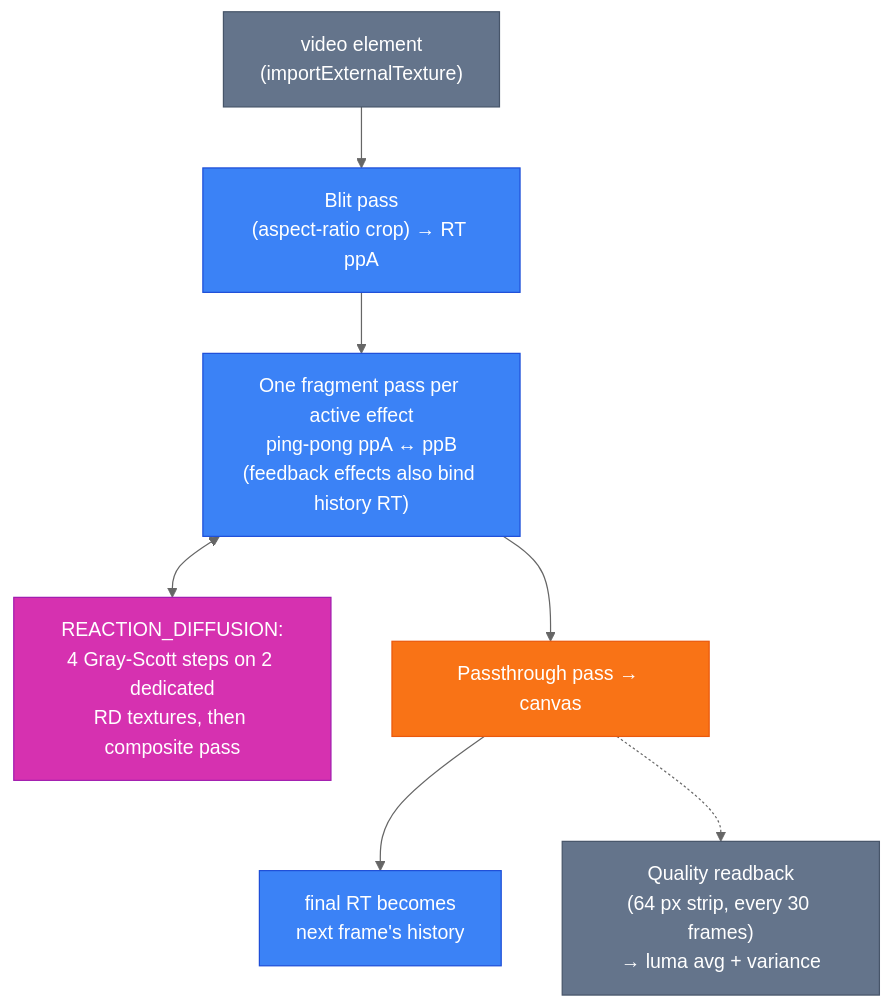
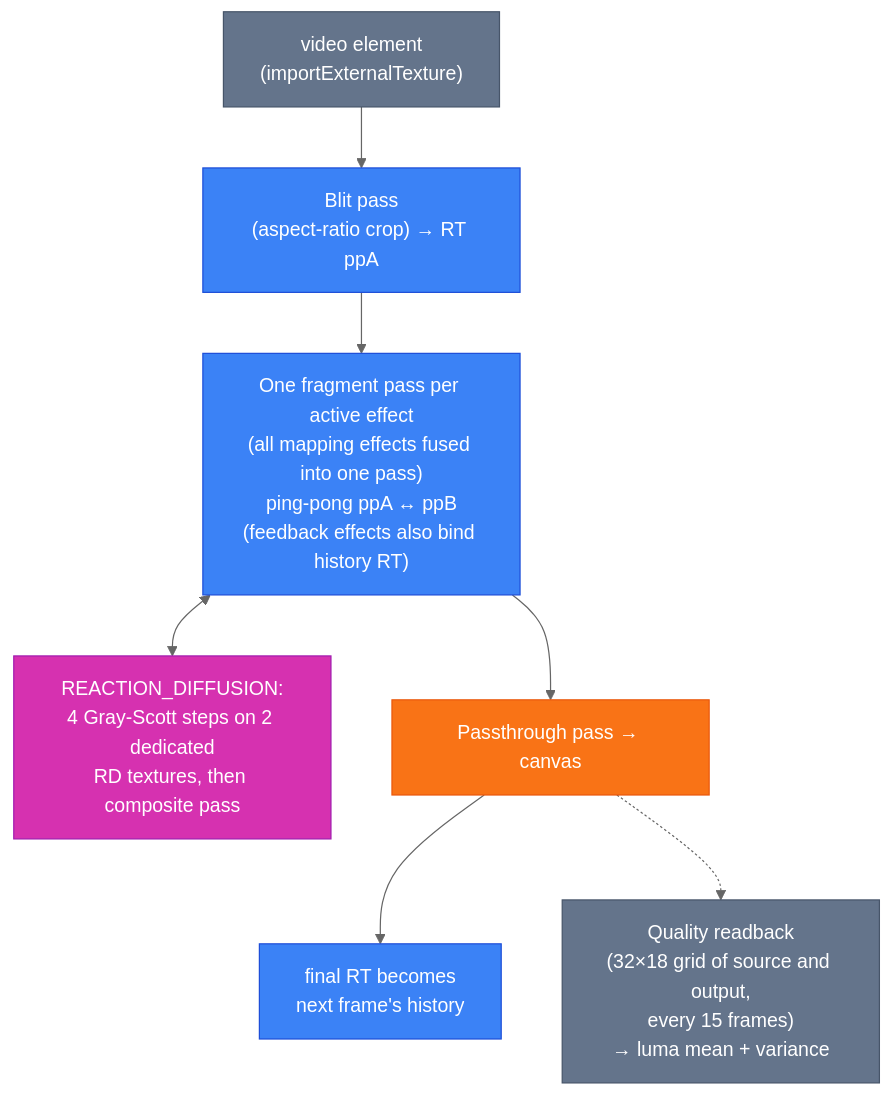
Before and after one commit to berrutti/performer: the second of 2 diagrams in ARCHITECTURE.md, drawn with Mermaid (neutral theme). The commit also changed other lines of this file and 20 other files, not shown here.

````diff
--- a/ARCHITECTURE.md
+++ b/ARCHITECTURE.md
@@ -61,20 +61,20 @@
 ```mermaid
 flowchart TD
     classDef src fill:#64748b,stroke:#475569,color:#fff
     classDef pass fill:#3b82f6,stroke:#1d4ed8,color:#fff
     classDef rd fill:#d631b0,stroke:#a21caf,color:#fff
     classDef out fill:#f97316,stroke:#ea580c,color:#fff
 
     Video["video element\n(importExternalTexture)"]:::src
     Blit["Blit pass\n(aspect-ratio crop) → RT ppA"]:::pass
-    Effects["One fragment pass per active effect\nping-pong ppA ↔ ppB\n(feedback effects also bind history RT)"]:::pass
+    Effects["One fragment pass per active effect\n(all mapping effects fused into one pass)\nping-pong ppA ↔ ppB\n(feedback effects also bind history RT)"]:::pass
     RD["REACTION_DIFFUSION:\n4 Gray-Scott steps on 2 dedicated\nRD textures, then composite pass"]:::rd
     Final["Passthrough pass → canvas"]:::out
     History["final RT becomes\nnext frame's history"]:::pass
-    Readback["Quality readback\n(64 px strip, every 30 frames)\n→ luma avg + variance"]:::src
+    Readback["Quality readback\n(32×18 grid of source and output,\nevery 15 frames)\n→ luma mean + variance"]:::src
 
     Video --> Blit --> Effects --> Final
     Effects <--> RD
     Final --> History
     Final -.-> Readback
 ```
````
